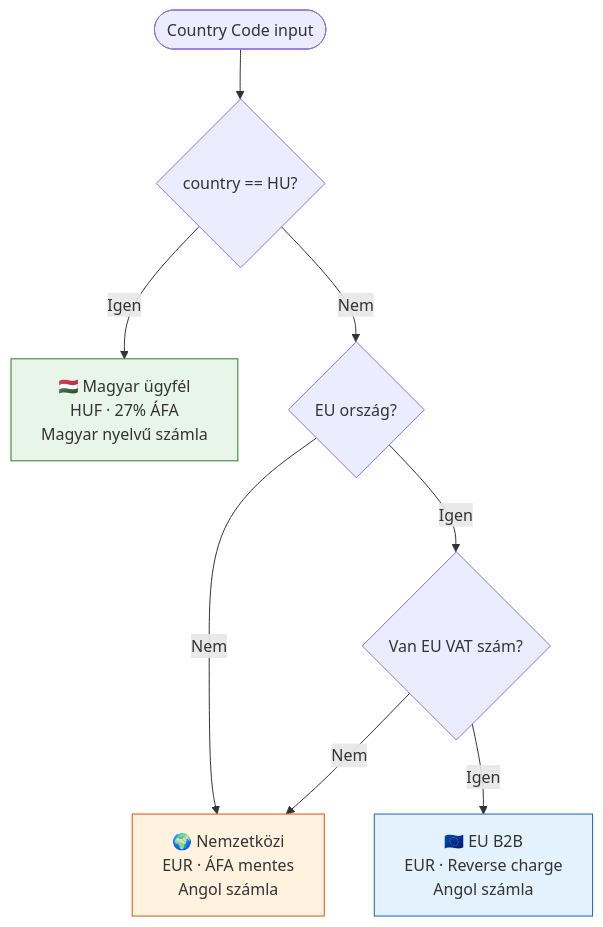
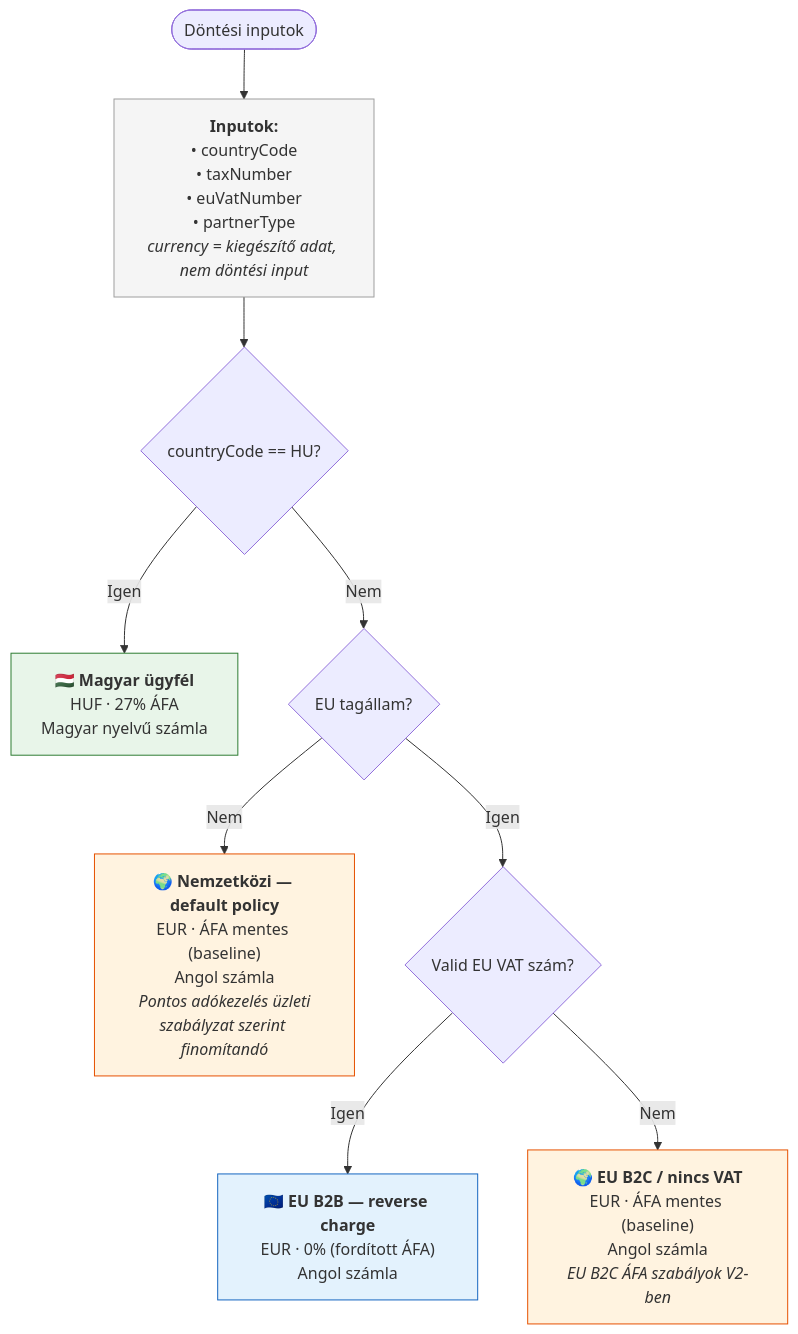
The seventh of 8 diagrams in docs/architecture/billing-architecture-diagrams.md (oknilik/trita_core), drawn with Mermaid before and after one commit. The commit also changed other lines of this file, not shown here.

First line of the commit message:
docs: billing architecture diagrams v2 — review-based refinements

````diff
--- a/docs/architecture/billing-architecture-diagrams.md
+++ b/docs/architecture/billing-architecture-diagrams.md
@@ -316,20 +409,26 @@
 ```mermaid
 flowchart TD
-    Start([Country Code input]) --> IsHU{country == HU?}
+    Start([Döntési inputok]) --> Inputs
 
-    IsHU -->|Igen| HU[🇭🇺 Magyar ügyfél<br/>HUF · 27% ÁFA<br/>Magyar nyelvű számla]
+    Inputs["<b>Inputok:</b><br/>• countryCode<br/>• taxNumber<br/>• euVatNumber<br/>• partnerType<br/><i>currency = kiegészítő adat, nem döntési input</i>"]
 
-    IsHU -->|Nem| IsEU{EU ország?}
+    Inputs --> IsHU{countryCode == HU?}
 
-    IsEU -->|Nem| INTL[🌍 Nemzetközi<br/>EUR · ÁFA mentes<br/>Angol számla]
+    IsHU -->|Igen| HU["🇭🇺 <b>Magyar ügyfél</b><br/>HUF · 27% ÁFA<br/>Magyar nyelvű számla"]
 
-    IsEU -->|Igen| HasVAT{Van EU VAT szám?}
+    IsHU -->|Nem| IsEU{EU tagállam?}
 
-    HasVAT -->|Igen| EU_B2B[🇪🇺 EU B2B<br/>EUR · Reverse charge<br/>Angol számla]
+    IsEU -->|Nem| INTL["🌍 <b>Nemzetközi — default policy</b><br/>EUR · ÁFA mentes (baseline)<br/>Angol számla<br/><i>Pontos adókezelés üzleti<br/>szabályzat szerint finomítandó</i>"]
 
-    HasVAT -->|Nem| INTL
+    IsEU -->|Igen| HasVAT{Valid EU VAT szám?}
+
+    HasVAT -->|Igen| EU_B2B["🇪🇺 <b>EU B2B — reverse charge</b><br/>EUR · 0% (fordított ÁFA)<br/>Angol számla"]
+
+    HasVAT -->|Nem| EU_B2C["🌍 <b>EU B2C / nincs VAT</b><br/>EUR · ÁFA mentes (baseline)<br/>Angol számla<br/><i>EU B2C ÁFA szabályok V2-ben</i>"]
 
     style HU fill:#e8f5e9,stroke:#2e7d32
     style EU_B2B fill:#e3f2fd,stroke:#1565c0
     style INTL fill:#fff3e0,stroke:#e65100
+    style EU_B2C fill:#fff3e0,stroke:#e65100
+    style Inputs fill:#f5f5f5,stroke:#9e9e9e
 ```
````
